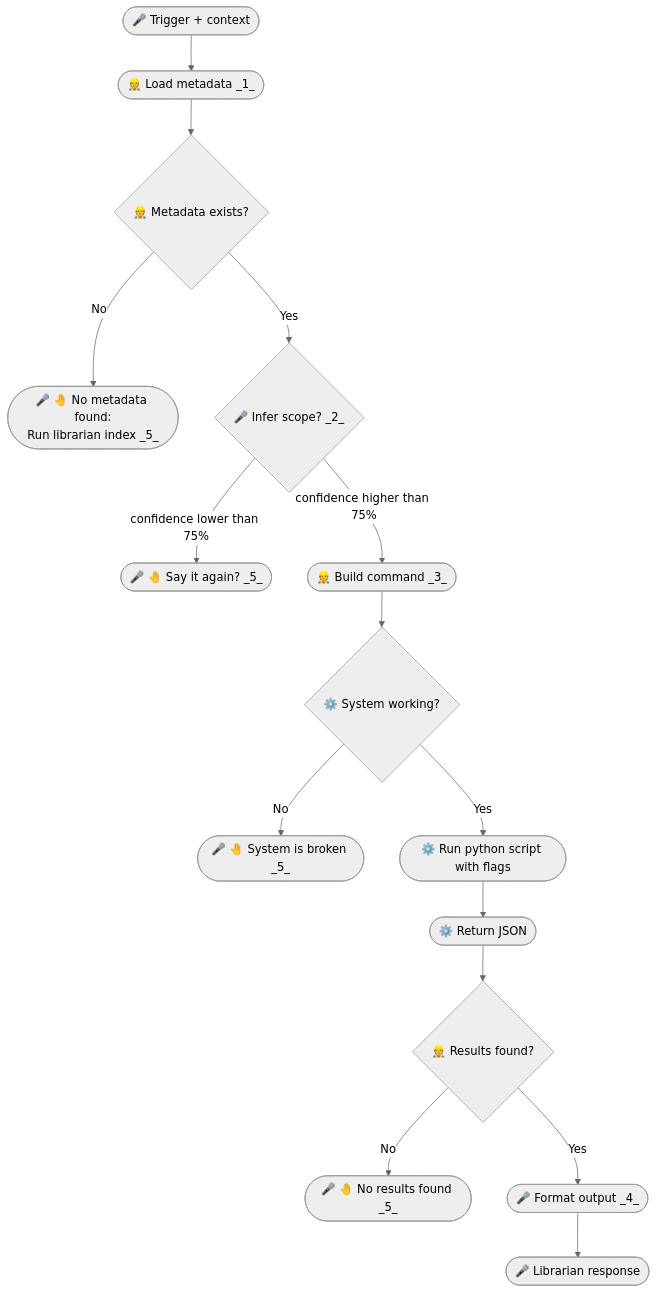
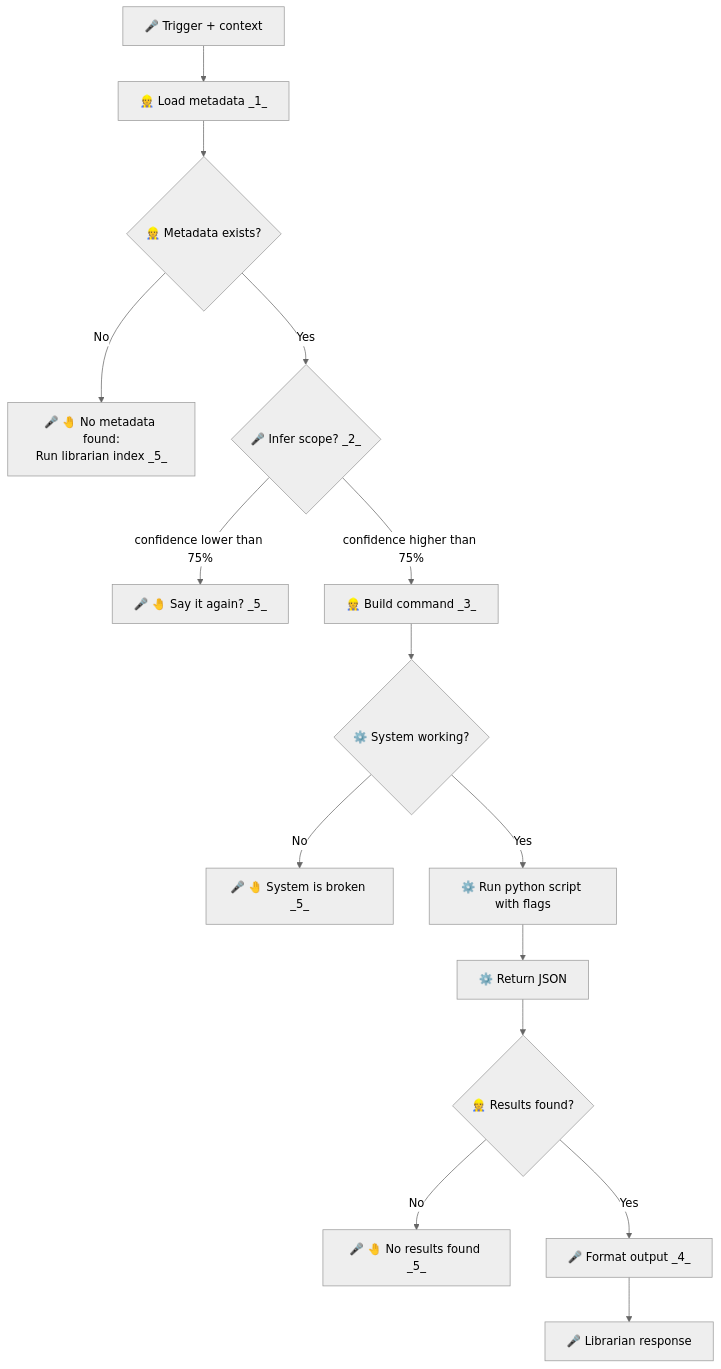
The first of 2 diagrams in backstage/epic-notes/v0.15.0-skill-protocol.md (nonlinear/librarian), drawn with Mermaid (neutral theme) before and after one commit.

Commit message:
contract: Stadium to rectangle [] (manual, safe)

````diff
--- a/backstage/epic-notes/v0.15.0-skill-protocol.md
+++ b/backstage/epic-notes/v0.15.0-skill-protocol.md
@@ -95,25 +95,25 @@
 ```mermaid
 flowchart TB
-    TRIGGER(["🎤 Trigger + context"]):::developed
-    TRIGGER --> METADATA(["👷 Load metadata _1_"]):::default
+    TRIGGER["🎤 Trigger + context"]:::developed
+    TRIGGER --> METADATA["👷 Load metadata _1_"]:::default
     METADATA --> CHECK{"👷 Metadata exists?"}:::default
     
-    CHECK -->|No| ERROR(["🎤 🤚 No metadata found:<br>Run librarian index _5_"]):::approved
+    CHECK -->|No| ERROR["🎤 🤚 No metadata found:<br>Run librarian index _5_"]:::approved
     CHECK -->|Yes| INFER{"🎤 Infer scope? _2_"}:::blocker
     
-    INFER -->|confidence lower than 75%| CLARIFY(["🎤 🤚 Say it again? _5_"]):::approved
-    INFER -->|confidence higher than 75%| BUILD(["👷 Build command _3_"]):::developed
+    INFER -->|confidence lower than 75%| CLARIFY["🎤 🤚 Say it again? _5_"]:::approved
+    INFER -->|confidence higher than 75%| BUILD["👷 Build command _3_"]:::developed
     
     BUILD --> CHECK_SYSTEM{"⚙️ System working?"}:::developed
     
-    CHECK_SYSTEM -->|No| BROKEN(["🎤 🤚 System is broken _5_"]):::approved
-    CHECK_SYSTEM -->|Yes| EXEC(["⚙️ Run python script with flags"]):::developed
+    CHECK_SYSTEM -->|No| BROKEN["🎤 🤚 System is broken _5_"]:::approved
+    CHECK_SYSTEM -->|Yes| EXEC["⚙️ Run python script with flags"]:::developed
     
-    EXEC --> JSON(["⚙️ Return JSON"]):::developed
+    EXEC --> JSON["⚙️ Return JSON"]:::developed
     JSON --> CHECK_RESULTS{"👷 Results found?"}:::developed
     
-    CHECK_RESULTS -->|No| EMPTY(["🎤 🤚 No results found _5_"]):::developed
-    CHECK_RESULTS -->|Yes| FORMAT(["🎤 Format output _4_"]):::developed
+    CHECK_RESULTS -->|No| EMPTY["🎤 🤚 No results found _5_"]:::developed
+    CHECK_RESULTS -->|Yes| FORMAT["🎤 Format output _4_"]:::developed
     
-    FORMAT --> RESPONSE(["🎤 Librarian response"]):::developed
+    FORMAT --> RESPONSE["🎤 Librarian response"]:::developed
 ```
````
